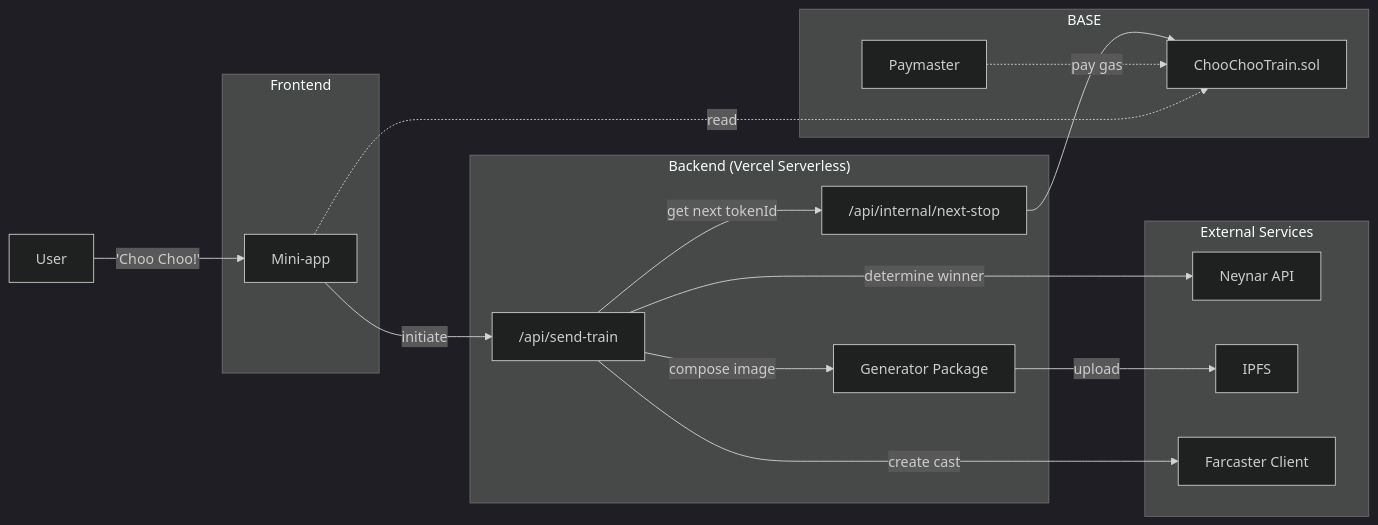
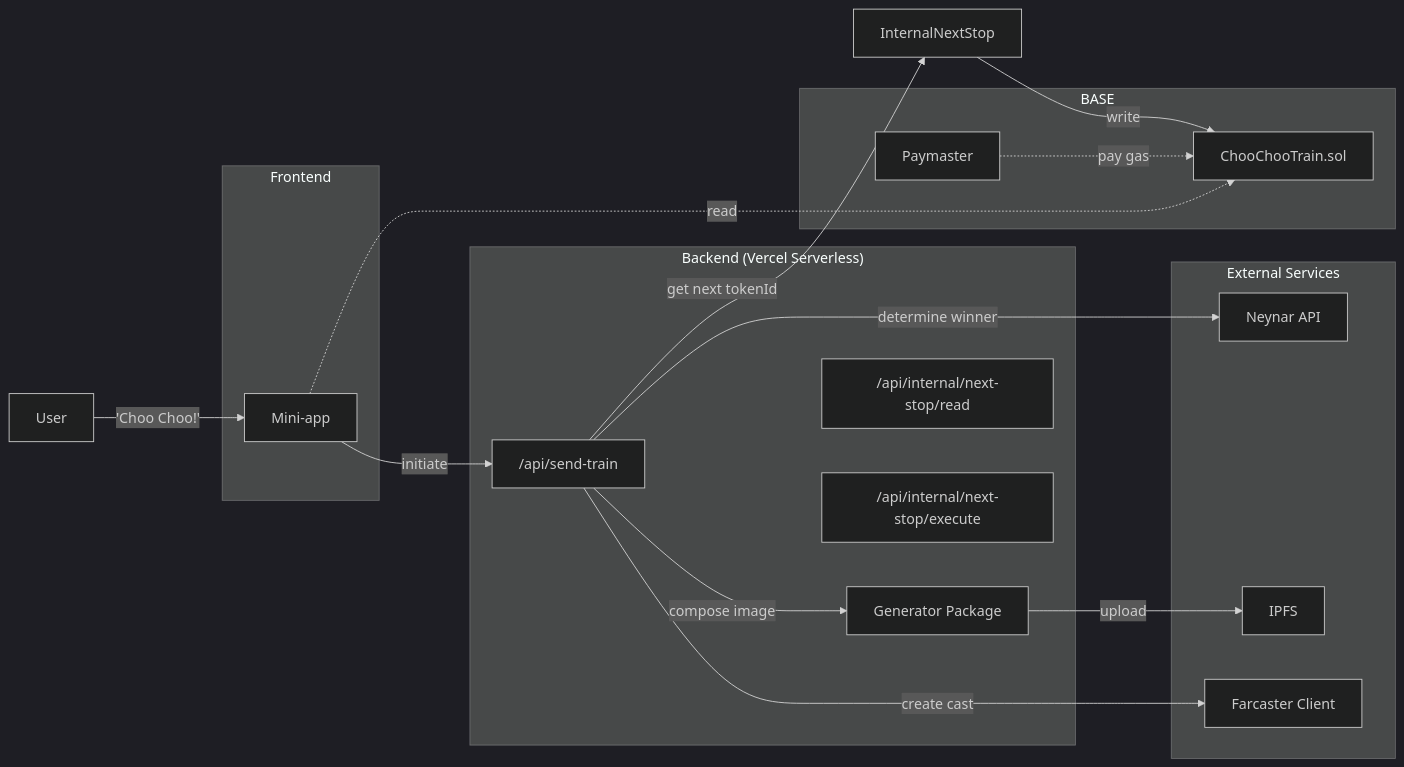
Before and after one commit to LazerTechnologies/choo-choo-monorepo: the diagram in README.md, drawn with Mermaid (dark theme). The commit also changed other lines of this file and 21 other files, not shown here.

````diff
--- a/README.md
+++ b/README.md
@@ -66,45 +63,46 @@
 ```mermaid
 flowchart LR
   %% User
   User["User"] -->|"'Choo Choo!'"| FE
 
   %% Frontend
   subgraph Frontend
     FE["Mini-app"]
   end
 
   %% Backend
   subgraph "Backend (Vercel Serverless)"
     Orchestrator["/api/send-train"]
     Generator["Generator Package"]
-    InternalNextStop["/api/internal/next-stop"]
+    InternalRead["/api/internal/next-stop/read"]
+    InternalExecute["/api/internal/next-stop/execute"]
   end
 
   %% External Services
   subgraph "External Services"
     Neynar["Neynar API"]
     Pinata["IPFS"]
     Farcaster["Farcaster Client"]
   end
 
   %% BASE Network
   subgraph "BASE"
     Contract["ChooChooTrain.sol"]
     Paymaster["Paymaster"]
   end
 
   %% Main flow connections
   FE -->|initiate| Orchestrator
   Orchestrator -->|determine winner| Neynar
   Orchestrator -->|get next tokenId| InternalNextStop
   Orchestrator -->|compose image| Generator
   Generator -->|upload| Pinata
-  InternalNextStop --> Contract
+  InternalNextStop -->|write| Contract
   Orchestrator -->|create cast| Farcaster
 
   %% Gas sponsorship
   Paymaster -.->|pay gas| Contract
 
   %% View-only flows
   FE -.->|read| Contract
 ```
````
